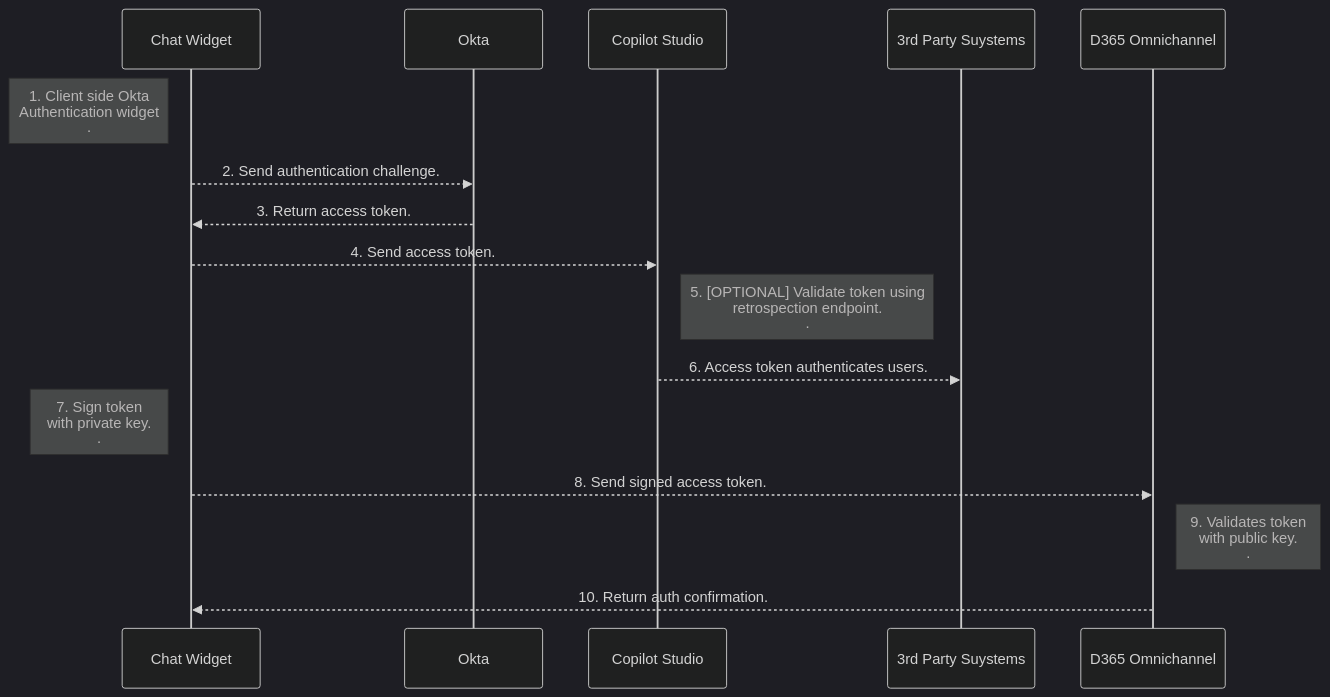
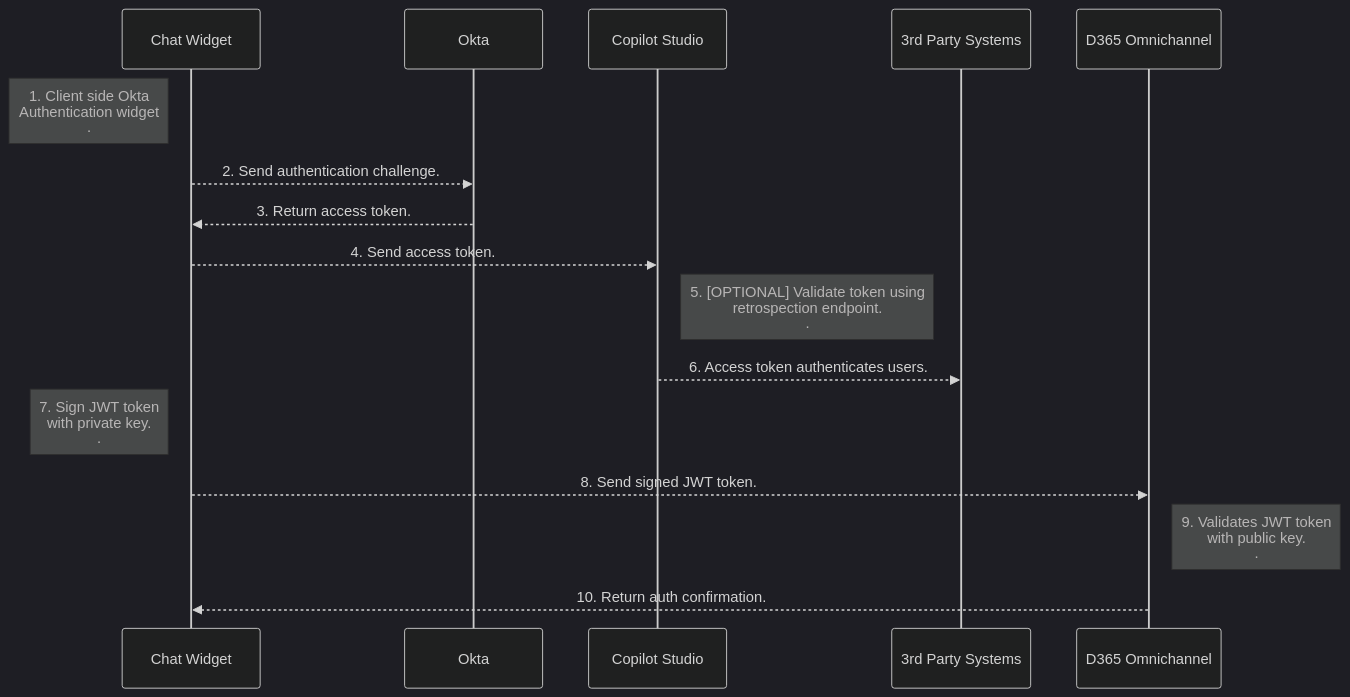
Before and after one commit to microsoft/CopilotStudioSamples: the diagram in SSOSamples/3rdPartySSOWithOKTA - Copilot+D365OC/README.md, drawn with Mermaid (dark theme). The commit also changed other lines of this file, not shown here.

Commit message:
3rdPartySSOWithOKTA - Copilot+D365OC

````diff
--- a/SSOSamples/3rdPartySSOWithOKTA - Copilot+D365OC/README.md
+++ b/SSOSamples/3rdPartySSOWithOKTA - Copilot+D365OC/README.md
@@ -9,13 +9,13 @@
 ```mermaid
 sequenceDiagram
 Note left of Chat Widget: 1. Client side Okta <br/>Authentication widget <br/>.
 Chat Widget -->> Okta: 2. Send authentication challenge.
 Okta-->> Chat Widget: 3. Return access token.
 Chat Widget -->> Copilot Studio: 4. Send access token.
 Note right of Copilot Studio: 5. [OPTIONAL] Validate token using <br/>retrospection endpoint. <br/>.
-Copilot Studio -->> 3rd Party Suystems: 6. Access token authenticates users.
-Note left of Chat Widget: 7. Sign token <br/>with private key. <br/>.
-Chat Widget -->> D365 Omnichannel: 8. Send signed access token.
-Note right of D365 Omnichannel: 9. Validates token <br/>with public key. <br/>.
+Copilot Studio -->> 3rd Party Systems: 6. Access token authenticates users.
+Note left of Chat Widget: 7. Sign JWT token <br/>with private key. <br/>.
+Chat Widget -->> D365 Omnichannel: 8. Send signed JWT token.
+Note right of D365 Omnichannel: 9. Validates JWT token <br/>with public key. <br/>.
 D365 Omnichannel -->> Chat Widget: 10. Return auth confirmation.
 ```
````
